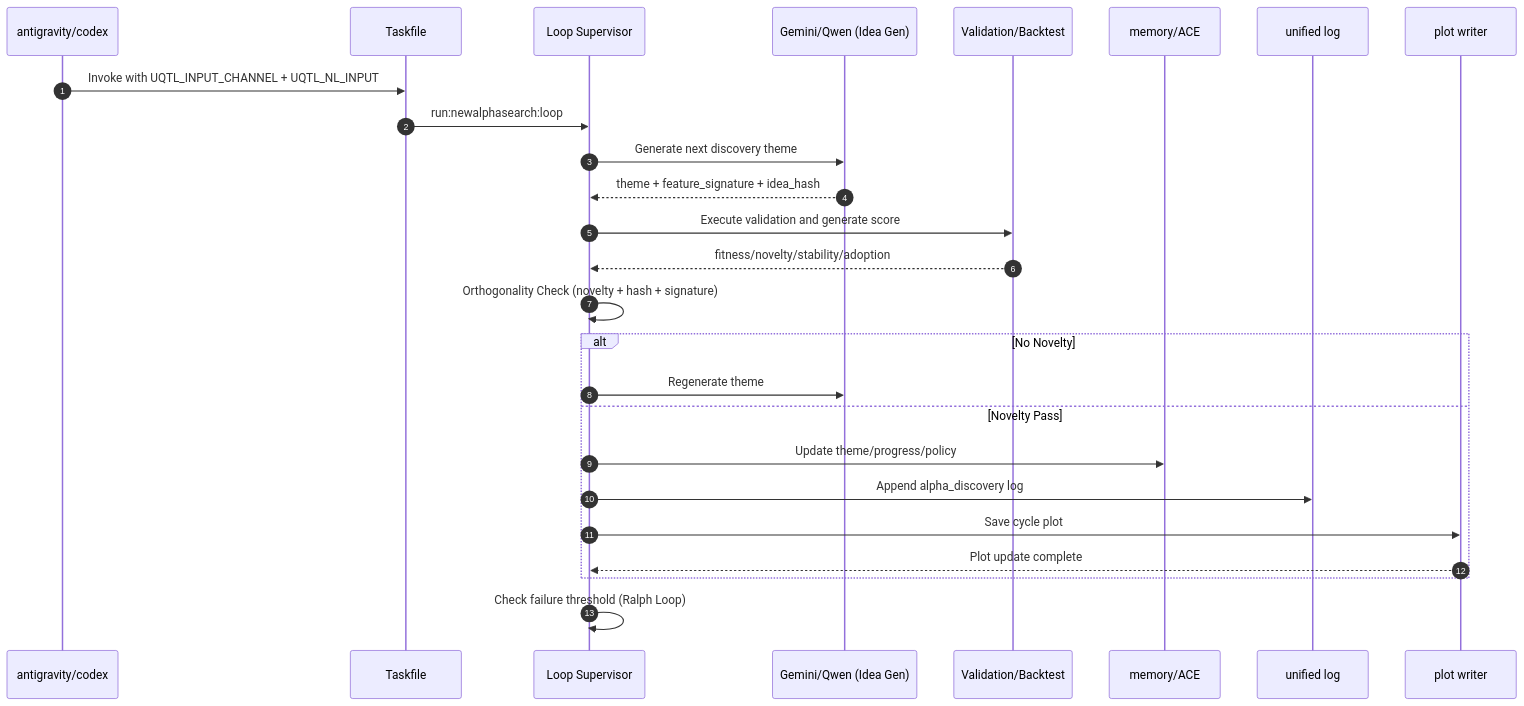
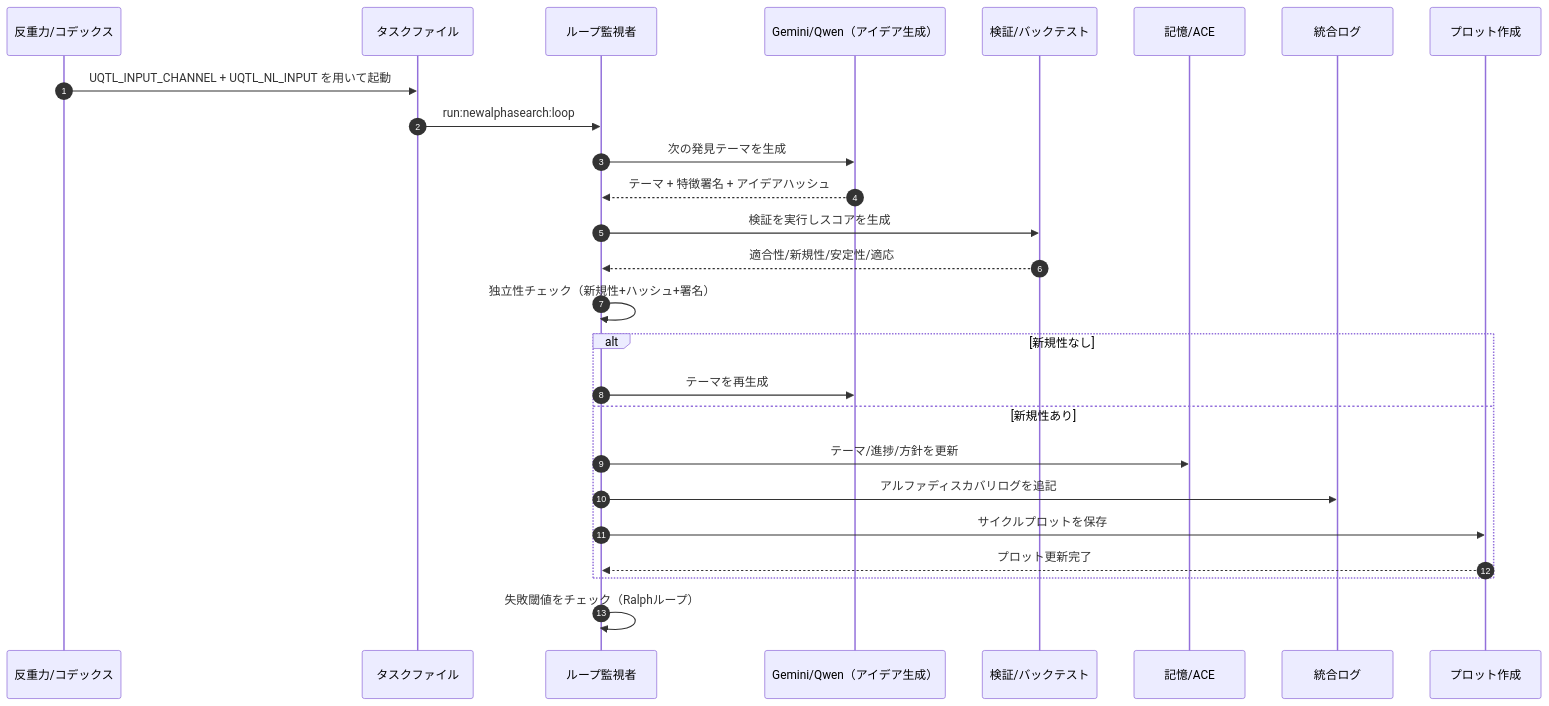
Before and after one commit to KAFKA2306/investor2: the second of 2 diagrams in docs/diagrams/sequence.md, drawn with Mermaid. The commit also changed other lines of this file and 82 other files, not shown here.

````diff
--- a/docs/diagrams/sequence.md
+++ b/docs/diagrams/sequence.md
@@ -94,29 +93,29 @@
 ```mermaid
 sequenceDiagram
     autonumber
-    participant A as antigravity/codex
-    participant T as Taskfile
-    participant L as Loop Supervisor
-    participant O as Gemini/Qwen (Idea Gen)
-    participant V as Validation/Backtest
-    participant M as memory/ACE
-    participant U as unified log
-    participant P as plot writer
+    participant A as 反重力/コデックス
+    participant T as タスクファイル
+    participant L as ループ監視者
+    participant O as Gemini/Qwen（アイデア生成）
+    participant V as 検証/バックテスト
+    participant M as 記憶/ACE
+    participant U as 統合ログ
+    participant P as プロット作成
 
-    A->>T: Invoke with UQTL_INPUT_CHANNEL + UQTL_NL_INPUT
+    A->>T: UQTL_INPUT_CHANNEL + UQTL_NL_INPUT を用いて起動
     T->>L: run:newalphasearch:loop
-    L->>O: Generate next discovery theme
-    O-->>L: theme + feature_signature + idea_hash
-    L->>V: Execute validation and generate score
-    V-->>L: fitness/novelty/stability/adoption
-    L->>L: Orthogonality Check (novelty + hash + signature)
-    alt No Novelty
-        L->>O: Regenerate theme
-    else Novelty Pass
-        L->>M: Update theme/progress/policy
-        L->>U: Append alpha_discovery log
-        L->>P: Save cycle plot
-        P-->>L: Plot update complete
+    L->>O: 次の発見テーマを生成
+    O-->>L: テーマ + 特徴署名 + アイデアハッシュ
+    L->>V: 検証を実行しスコアを生成
+    V-->>L: 適合性/新規性/安定性/適応
+    L->>L: 独立性チェック（新規性+ハッシュ+署名）
+    alt 新規性なし
+        L->>O: テーマを再生成
+    else 新規性あり
+        L->>M: テーマ/進捗/方針を更新
+        L->>U: アルファディスカバリログを追記
+        L->>P: サイクルプロットを保存
+        P-->>L: プロット更新完了
     end
-    L->>L: Check failure threshold (Ralph Loop)
+    L->>L: 失敗閾値をチェック（Ralphループ）
 ```
````
